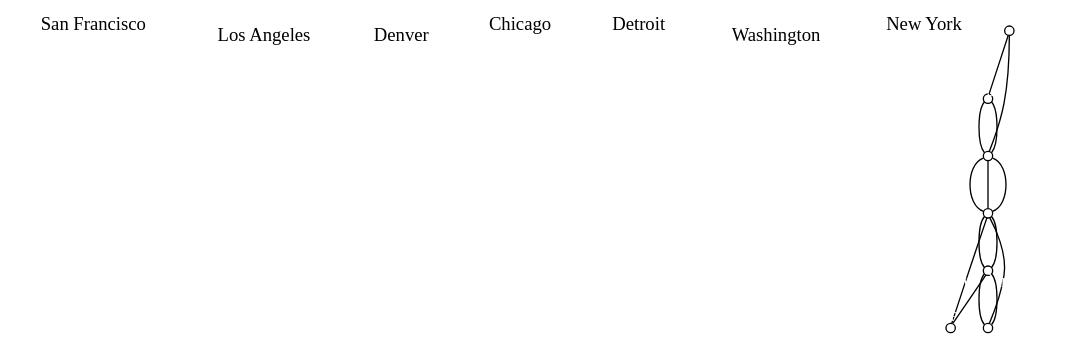
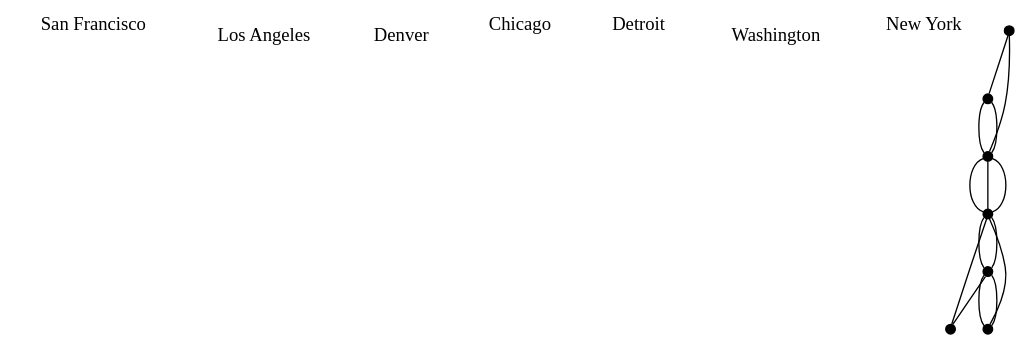
One commit to vietlq/graph-tuts changed the diagram in chuong8/hinh2.dot. Above: the diagram before and after it, drawn with Graphviz. The commit also changed 8 other files, not shown here.

```diff
--- a/chuong8/hinh2.dot
+++ b/chuong8/hinh2.dot
@@ -1,42 +1,42 @@
 /* Trang 536 */
 /* Hinh 2 */
 
 graph G {
     node [shape=plaintext,width=.1,height=.1,fixedsize=false,fillcolor="black"];
     "San Francisco" [pos="0,.2!", labelloc="t"];
     "Los Angeles" [pos="1,-1.2!", labelloc="b"];
     "Denver" [pos="2,0.7!", labelloc="b"];
     "Chicago" [pos="4,0.1!", labelloc="t"];
     "Detroit" [pos="5,1.7!", labelloc="t"];
     "Washington" [pos="6,-.7!", labelloc="b"];
     "New York" [pos="7,1.2!", labelloc="t"];
     
-    node [shape=circle,width=.1,height=.1,fixedsize=true,fillcolor="black"];
+    node [shape=point,width=.1,height=.1,fixedsize=true,fillcolor="black",fontsize="1"];
     
     "San Francisco__" [pos="0,0!", labelloc="t", fontcolor="white"];
     "Los Angeles__" [pos="1,-1!", labelloc="b", fontcolor="white"];
     "Denver__" [pos="2,0.3!", labelloc="b", fontcolor="white"];
     "Chicago__" [pos="4,0.5!", labelloc="t", fontcolor="white"];
     "Detroit__" [pos="5,1.5!", labelloc="t", fontcolor="white"];
     "Washington__" [pos="6,-.5!", labelloc="b", fontcolor="white"];
     "New York__" [pos="7,1!", labelloc="t", fontcolor="white"];
     
     "San Francisco__" -- "Los Angeles__";
     "San Francisco__" -- "Denver__";
     
     "Los Angeles__" -- "Denver__";
     "Los Angeles__" -- "Denver__";
     
     "Denver__" -- "Chicago__";
     "Denver__" -- "Chicago__";
     "Denver__" -- "Chicago__";
     
     "Chicago__" -- "Detroit__";
     "Chicago__" -- "New York__";
     "Chicago__" -- "New York__";
     "Chicago__" -- "Washington__";
     
     "New York__" -- "Detroit__";
     "New York__" -- "Washington__";
     "New York__" -- "Washington__";
 }
```
